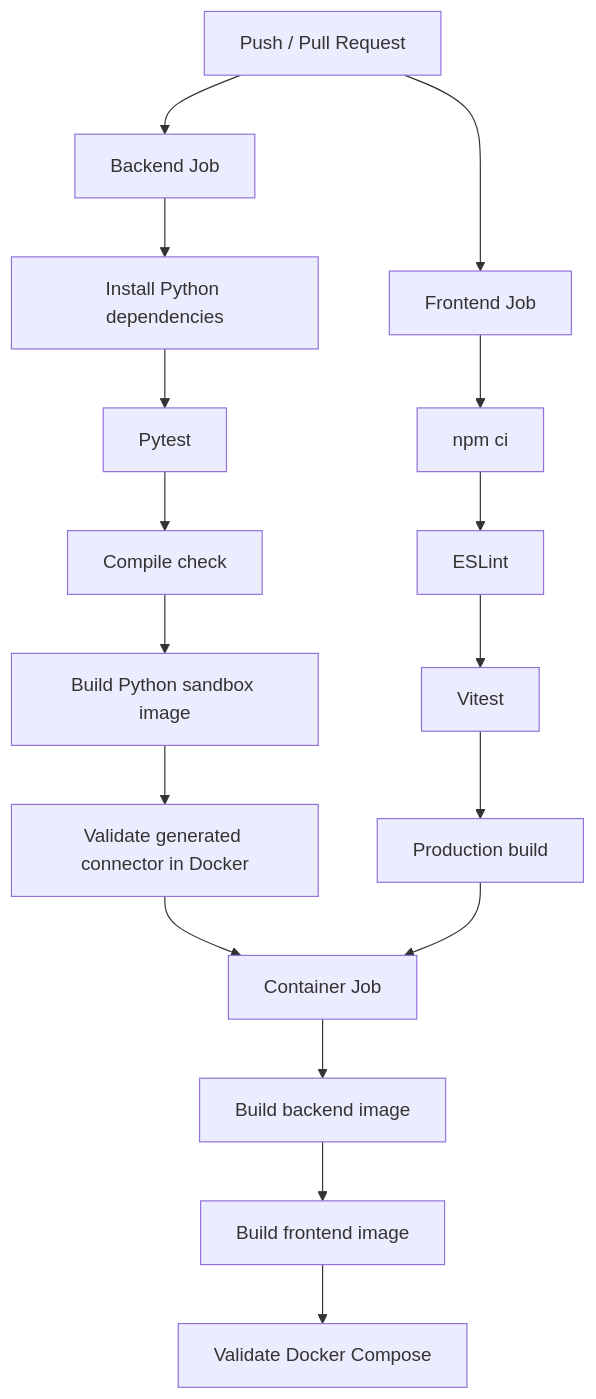
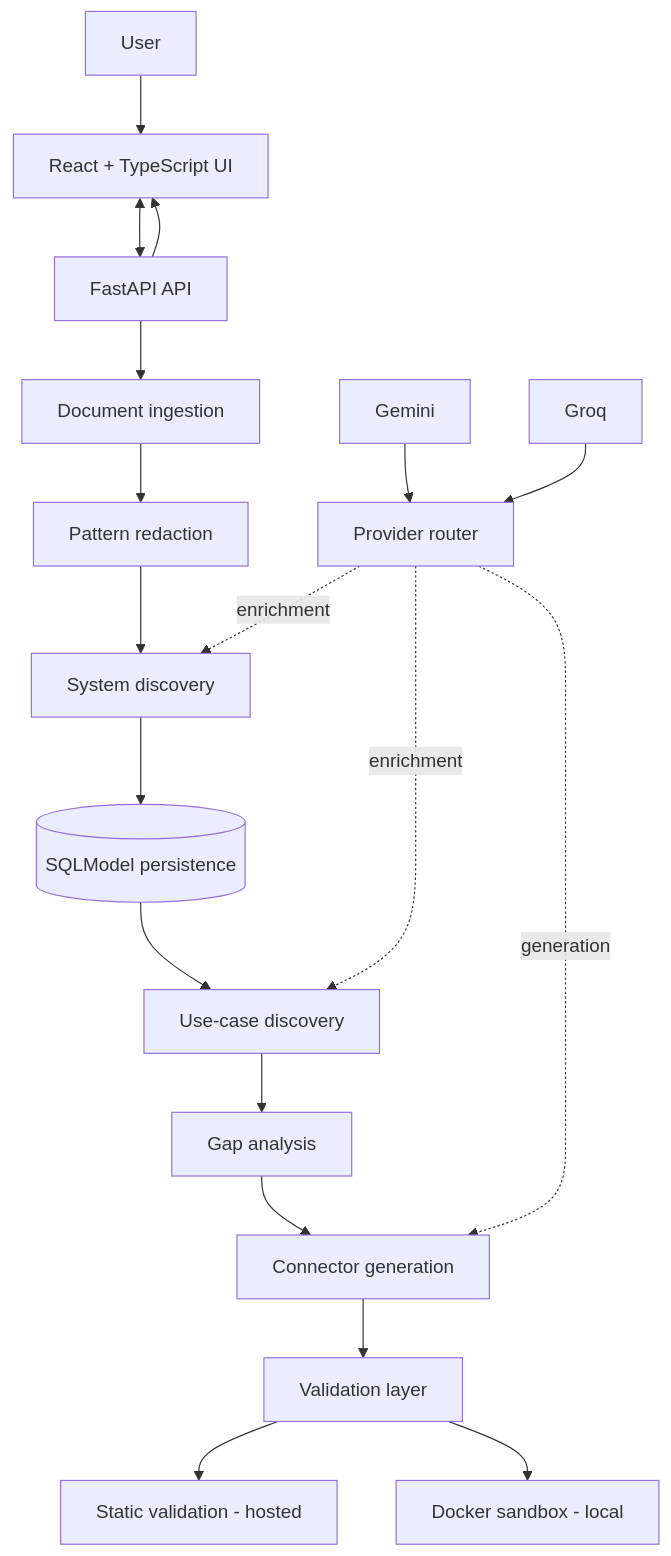
The second of 3 diagrams in README.md (mathanvasagam/Discovery_agent), drawn with Mermaid before and after one commit. The commit also changed other lines of this file, not shown here.

````diff
--- a/README.md
+++ b/README.md
@@ -439,22 +85,26 @@
 ```mermaid
-flowchart TD
-    A[Push / Pull Request] --> B[Backend Job]
-    A --> C[Frontend Job]
+flowchart TB
+    U[User] --> UI[React + TypeScript UI]
+    UI <--> API[FastAPI API]
 
-    B --> B1[Install Python dependencies]
-    B1 --> B2[Pytest]
-    B2 --> B3[Compile check]
-    B3 --> B4[Build Python sandbox image]
-    B4 --> B5[Validate generated connector in Docker]
+    API --> INGEST[Document ingestion]
+    INGEST --> REDACT[Pattern redaction]
+    REDACT --> DISCOVERY[System discovery]
+    DISCOVERY --> DB[(SQLModel persistence)]
 
-    C --> C1[npm ci]
-    C1 --> C2[ESLint]
-    C2 --> C3[Vitest]
-    C3 --> C4[Production build]
+    DB --> USECASE[Use-case discovery]
+    USECASE --> GAP[Gap analysis]
+    GAP --> GEN[Connector generation]
+    GEN --> VALIDATE[Validation layer]
 
-    B5 --> D[Container Job]
-    C4 --> D
-    D --> D1[Build backend image]
-    D1 --> D2[Build frontend image]
-    D2 --> D3[Validate Docker Compose]
+    ROUTER[Provider router] -. enrichment .-> DISCOVERY
+    ROUTER -. enrichment .-> USECASE
+    ROUTER -. generation .-> GEN
+    GEMINI[Gemini] --> ROUTER
+    GROQ[Groq] --> ROUTER
+
+    VALIDATE --> STATIC[Static validation - hosted]
+    VALIDATE --> DOCKER[Docker sandbox - local]
+
+    API --> UI
 ```
````
